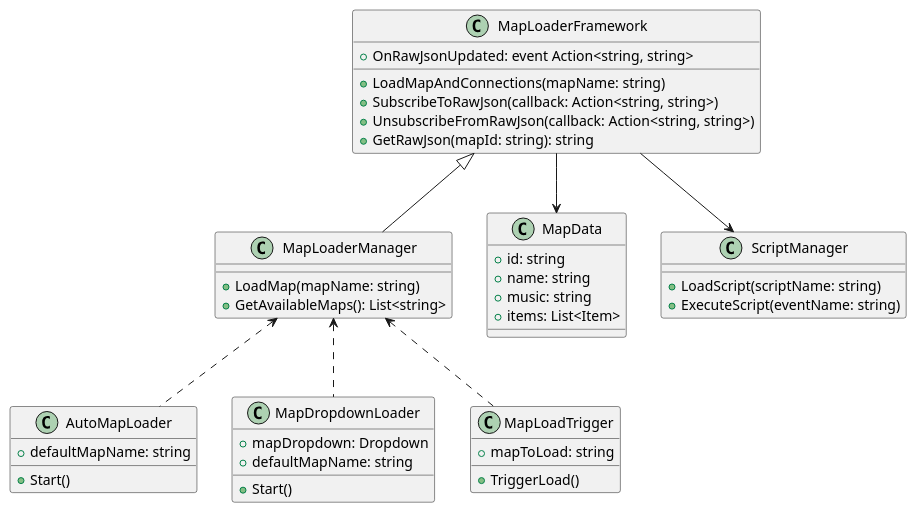
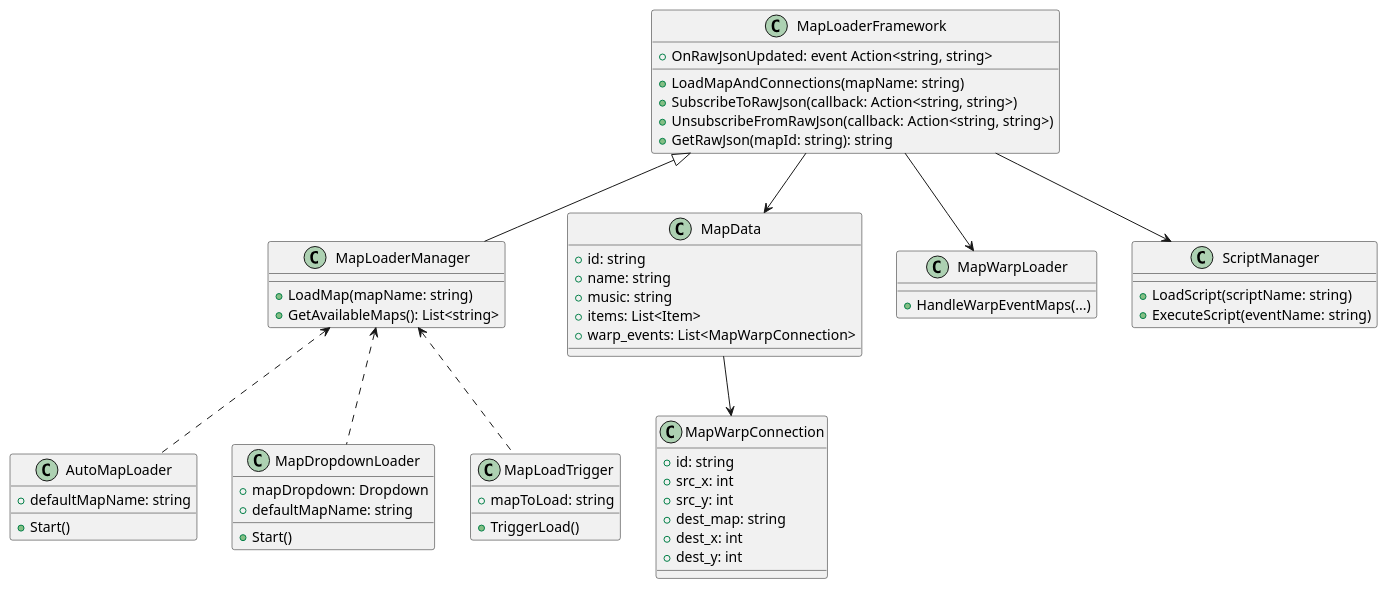
The diagram in Documentation/MapLoaderFramework_ClassDiagram.puml (RolandKaechele/MapLoaderFramework), drawn with PlantUML before and after one commit. The commit also changed 21 other files, not shown here.

Commit message:
re-factoring, documentation updated MapWarpLoader introduced but not finalized

```diff
--- a/Documentation/MapLoaderFramework_ClassDiagram.puml
+++ b/Documentation/MapLoaderFramework_ClassDiagram.puml
@@ -1,51 +1,69 @@
 @startuml MapLoaderFramework_ClassDiagram
-
-
+'
+' MapLoaderFramework - Class Diagram
+' This diagram shows the main classes, their relationships, and extension points in the framework.
+'
 class MapLoaderFramework {
     +LoadMapAndConnections(mapName: string)
     +SubscribeToRawJson(callback: Action<string, string>)
     +UnsubscribeFromRawJson(callback: Action<string, string>)
     +GetRawJson(mapId: string): string
     +OnRawJsonUpdated: event Action<string, string>
 }
 
 class MapLoaderManager {
     +LoadMap(mapName: string)
     +GetAvailableMaps(): List<string>
 }
 
 class AutoMapLoader {
     +defaultMapName: string
     +Start()
 }
 
 class MapDropdownLoader {
     +mapDropdown: Dropdown
     +defaultMapName: string
     +Start()
 }
 
 class MapLoadTrigger {
     +mapToLoad: string
     +TriggerLoad()
 }
 
 class MapData {
     +id: string
     +name: string
     +music: string
     +items: List<Item>
+    +warp_events: List<MapWarpConnection>
+}
+
+class MapWarpConnection {
+    +id: string
+    +src_x: int
+    +src_y: int
+    +dest_map: string
+    +dest_x: int
+    +dest_y: int
+}
+
+class MapWarpLoader {
+    +HandleWarpEventMaps(...)
 }
 
 class ScriptManager {
     +LoadScript(scriptName: string)
     +ExecuteScript(eventName: string)
 }
 
 MapLoaderFramework <|-- MapLoaderManager
 MapLoaderManager <.. AutoMapLoader
 MapLoaderManager <.. MapDropdownLoader
 MapLoaderManager <.. MapLoadTrigger
 MapLoaderFramework --> MapData
 MapLoaderFramework --> ScriptManager
+MapLoaderFramework --> MapWarpLoader
+MapData --> MapWarpConnection
 @enduml
```
